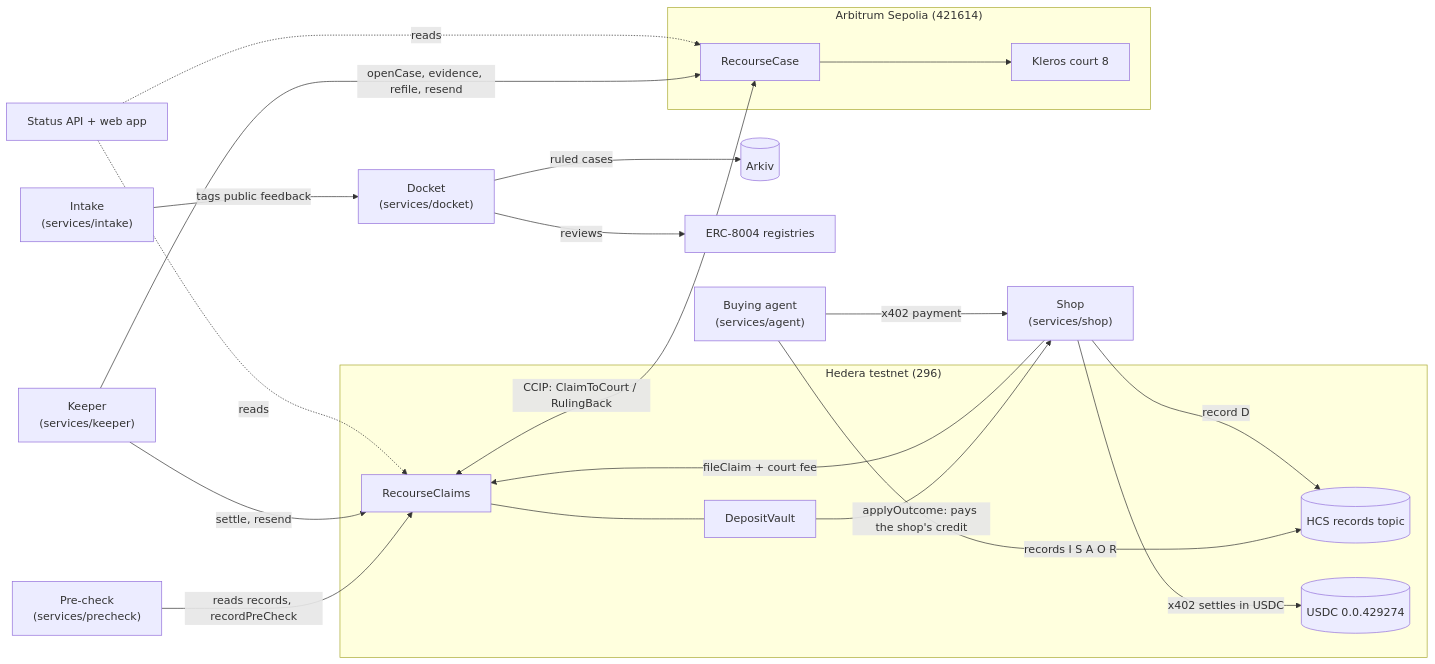
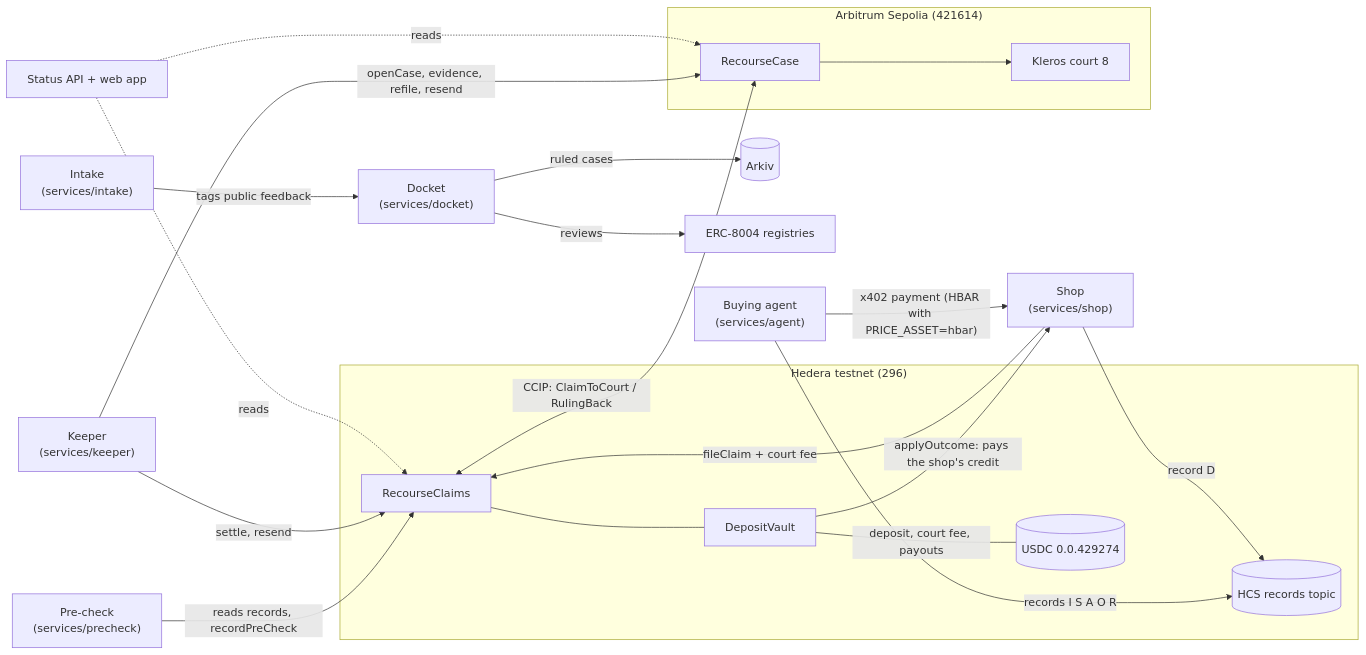
Before and after one commit to mani99brar/recourse: the first of 2 diagrams in README.md, drawn with Mermaid. The commit also changed other lines of this file and 24 other files, not shown here.

First line of the commit message:
Pay x402 orders in HBAR when PRICE_ASSET=hbar

````diff
--- a/README.md
+++ b/README.md
@@ -25,30 +25,30 @@
 ```mermaid
 flowchart LR
   subgraph H["Hedera testnet (296)"]
     HCS[("HCS records topic")]
     USDC[("USDC 0.0.429274")]
     CL["RecourseClaims"]
     V["DepositVault"]
     CL --- V
   end
   subgraph A["Arbitrum Sepolia (421614)"]
     RC["RecourseCase"]
     KC["Kleros court 8"]
     RC --> KC
   end
-  AG["Buying agent<br/>(services/agent)"] -- "x402 payment" --> SH["Shop<br/>(services/shop)"]
+  AG["Buying agent<br/>(services/agent)"] -- "x402 payment (HBAR with PRICE_ASSET=hbar)" --> SH["Shop<br/>(services/shop)"]
   AG -- "records I S A O R" --> HCS
   SH -- "record D" --> HCS
-  SH -- "x402 settles in USDC" --> USDC
+  V -- "deposit, court fee, payouts" --- USDC
   SH -- "fileClaim + court fee" --> CL
   PC["Pre-check<br/>(services/precheck)"] -- "reads records, recordPreCheck" --> CL
   CL <-- "CCIP: ClaimToCourt / RulingBack" --> RC
   KP["Keeper<br/>(services/keeper)"] -- "openCase, evidence, refile, resend" --> RC
   KP -- "settle, resend" --> CL
   V -- "applyOutcome: pays the shop's credit" --> SH
   ST["Status API + web app"] -. reads .-> CL
   ST -. reads .-> RC
   DK["Docket<br/>(services/docket)"] -- "ruled cases" --> AR[("Arkiv")]
   DK -- "reviews" --> ER["ERC-8004 registries"]
   IN["Intake<br/>(services/intake)"] -- "tags public feedback" --> DK
 ```
````
